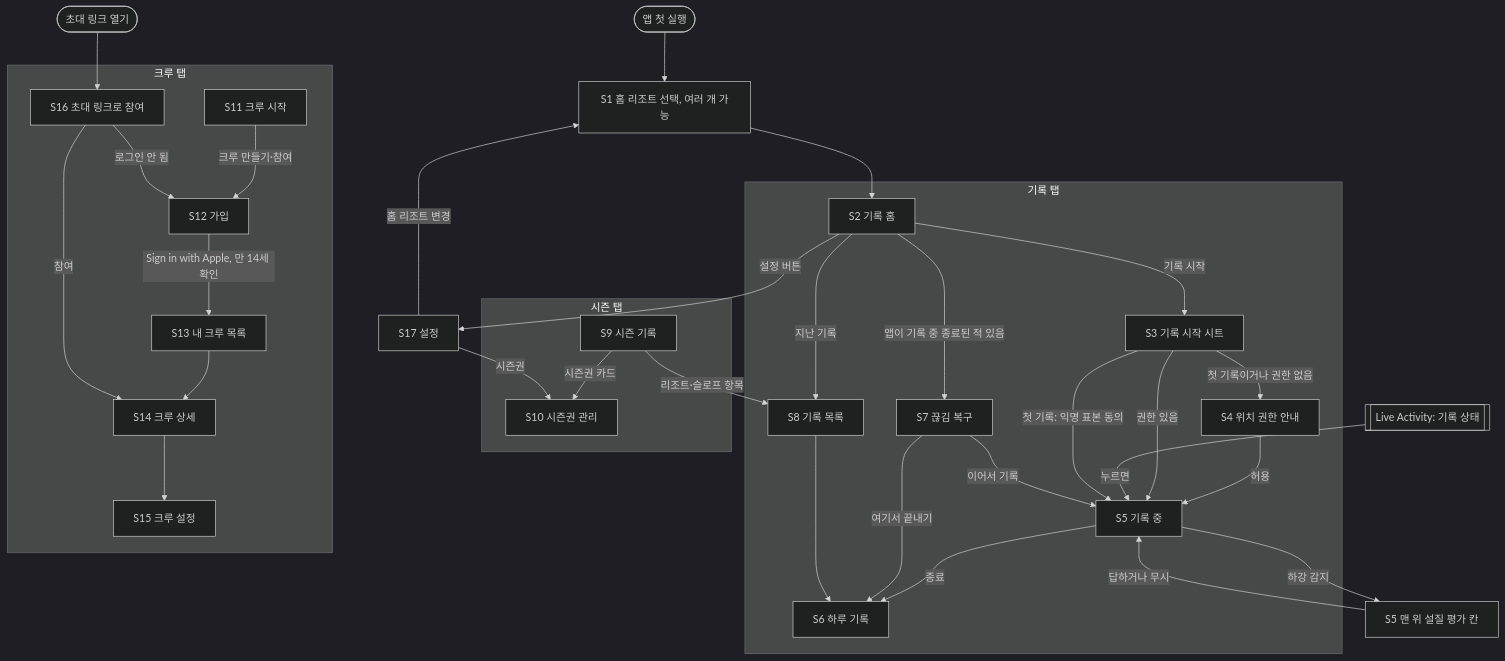
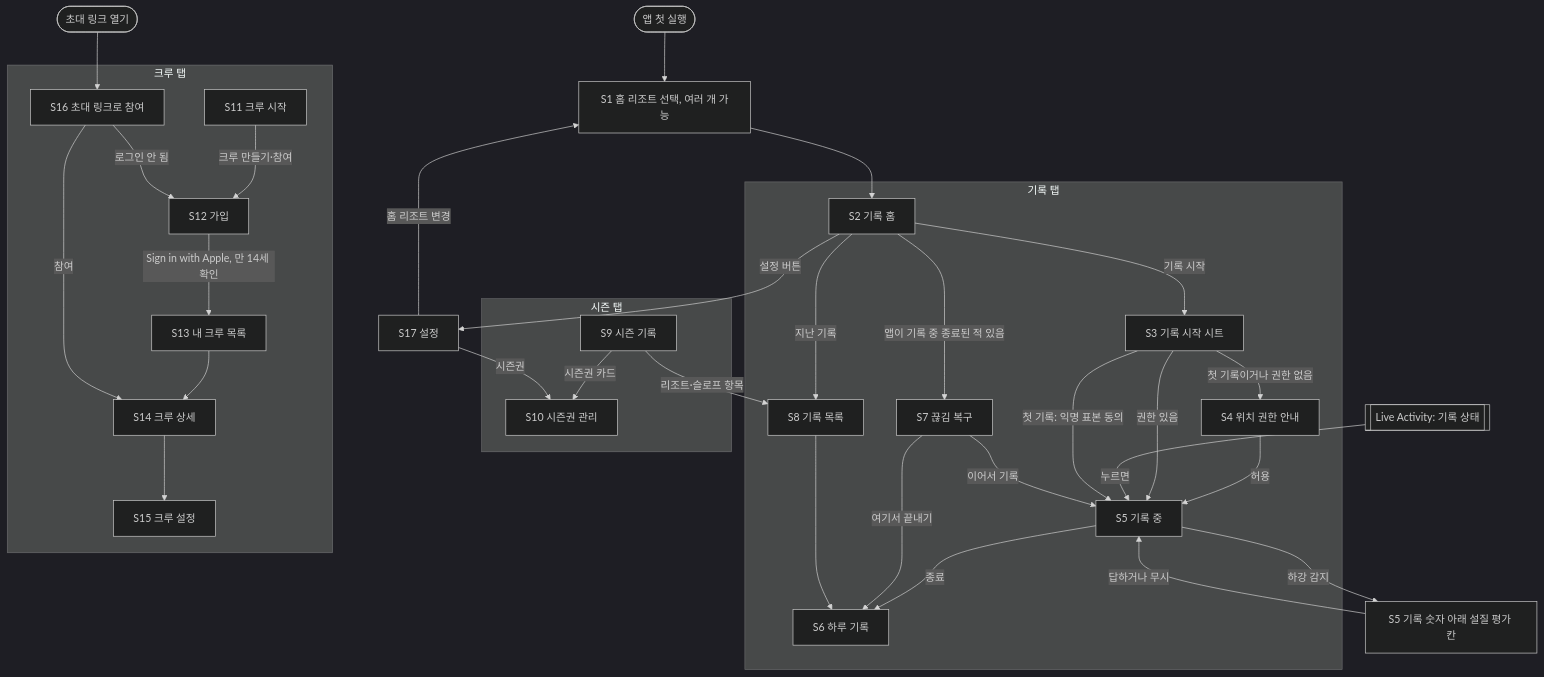
Before and after one commit to JIHO45/SlopeMate: the first of 2 diagrams in docs/04-flows.md, drawn with Mermaid (dark theme). The commit also changed other lines of this file and 6 other files, not shown here.

First line of the commit message:
Add R49 forgotten-stop handling; visual design and flow updates

````diff
--- a/docs/04-flows.md
+++ b/docs/04-flows.md
@@ -11,61 +11,61 @@
 ```mermaid
 flowchart TD
     Start([앱 첫 실행]) --> S1[S1 홈 리조트 선택, 여러 개 가능]
     S1 --> S2
 
     subgraph 기록탭[기록 탭]
         S2[S2 기록 홈]
         S3[S3 기록 시작 시트]
         S4[S4 위치 권한 안내]
         S5[S5 기록 중]
         S6[S6 하루 기록]
         S7[S7 끊김 복구]
         S8[S8 기록 목록]
     end
 
     subgraph 시즌탭[시즌 탭]
         S9[S9 시즌 기록]
         S10[S10 시즌권 관리]
     end
 
     subgraph 크루탭[크루 탭]
         S11[S11 크루 시작]
         S12[S12 가입]
         S13[S13 내 크루 목록]
         S14[S14 크루 상세]
         S15[S15 크루 설정]
         S16[S16 초대 링크로 참여]
     end
 
     S17[S17 설정]
 
     S2 -->|기록 시작| S3
     S3 -->|첫 기록이거나 권한 없음| S4
     S4 -->|허용| S5
     S3 -->|권한 있음| S5
     S5 -->|종료| S6
     N[[Live Activity: 기록 상태]] -->|누르면| S5
-    S5 -->|하강 감지| Q[S5 맨 위 설질 평가 칸]
+    S5 -->|하강 감지| Q[S5 기록 숫자 아래 설질 평가 칸]
     Q -->|답하거나 무시| S5
     S3 -->|첫 기록: 익명 표본 동의| S5
     S2 -->|앱이 기록 중 종료된 적 있음| S7
     S7 -->|이어서 기록| S5
     S7 -->|여기서 끝내기| S6
     S2 -->|지난 기록| S8
     S8 --> S6
 
     S9 -->|시즌권 카드| S10
     S9 -->|리조트·슬로프 항목| S8
 
     S11 -->|크루 만들기·참여| S12
     S12 -->|Sign in with Apple, 만 14세 확인| S13
     S13 --> S14
     S14 --> S15
     Link([초대 링크 열기]) --> S16
     S16 -->|로그인 안 됨| S12
     S16 -->|참여| S14
 
     S2 -->|설정 버튼| S17
     S17 -->|홈 리조트 변경| S1
     S17 -->|시즌권| S10
 ```
````
